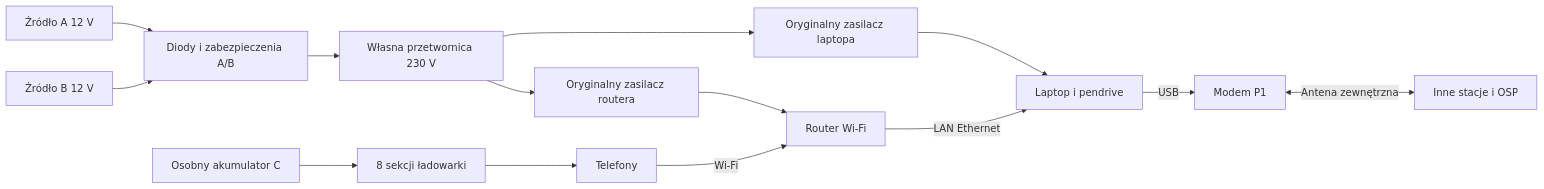
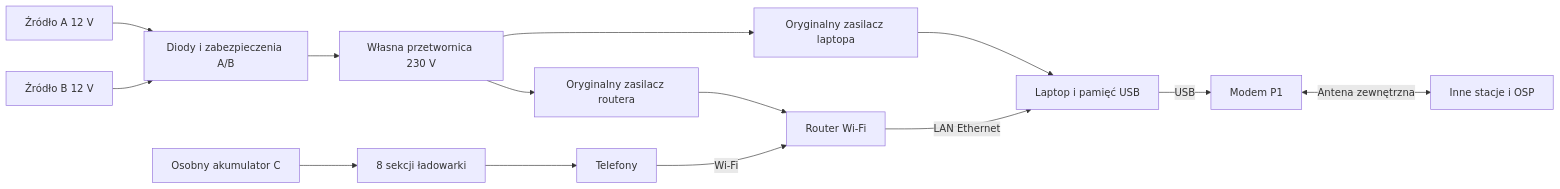
The diagram in docs/spec/projekt.md (tmierzwa/WICI), drawn with Mermaid before and after one commit. The commit also changed other lines of this file and 5 other files, not shown here.

````diff
--- a/docs/spec/projekt.md
+++ b/docs/spec/projekt.md
@@ -20,16 +21,16 @@
 ```mermaid
 flowchart LR
   A[Źródło A 12 V] --> D[Diody i zabezpieczenia A/B]
   B[Źródło B 12 V] --> D
   D --> I[Własna przetwornica 230 V]
   I --> P[Oryginalny zasilacz laptopa]
   I --> R[Oryginalny zasilacz routera]
-  P --> L[Laptop i pendrive]
+  P --> L[Laptop i pamięć USB]
   R --> W[Router Wi-Fi]
   W -->|LAN Ethernet| L
   L -->|USB| M[Modem P1]
   M <-->|Antena zewnętrzna| S[Inne stacje i OSP]
   C[Osobny akumulator C] --> U[8 sekcji ładowarki]
   U --> F[Telefony]
   F -->|Wi-Fi| W
 ```
````
